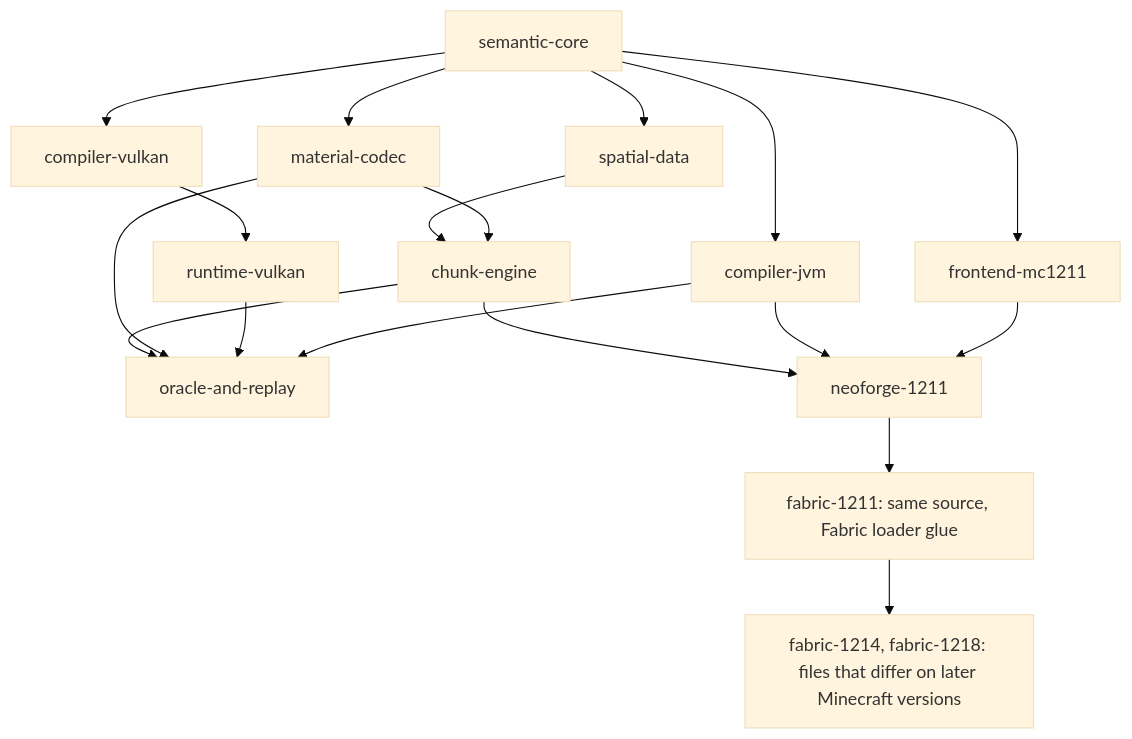
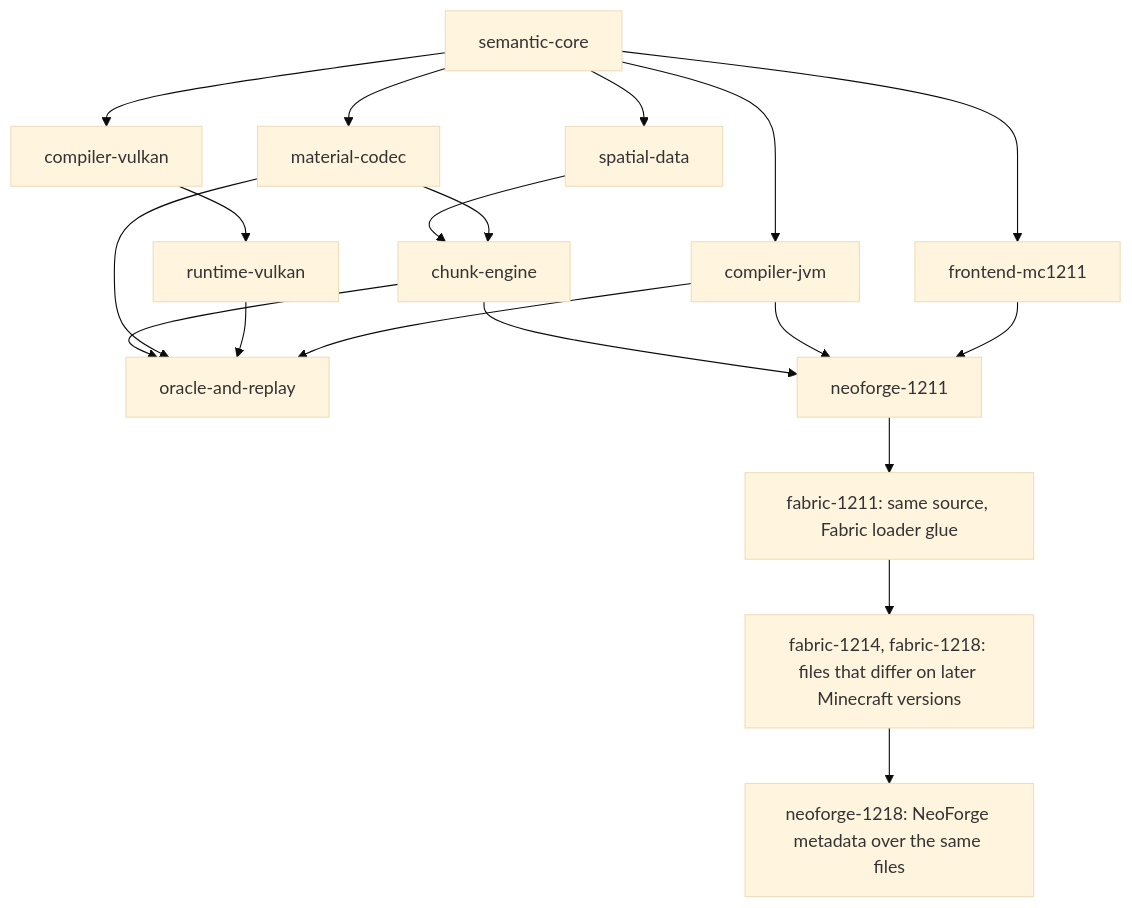
Before and after one commit to Miningmanias/Tellurium: the diagram in docs/ARCHITECTURE.md, drawn with Mermaid (base theme). The commit also changed 13 other files, not shown here.

First line of the commit message:
NeoForge build for Minecraft 1.21.8

````diff
--- a/docs/ARCHITECTURE.md
+++ b/docs/ARCHITECTURE.md
@@ -7,20 +7,21 @@
 ```mermaid
 flowchart TD
   semantic[semantic-core] --> cpu[compiler-jvm]
   semantic --> glsl[compiler-vulkan]
   semantic --> frontend[frontend-mc1211]
   semantic --> material[material-codec]
   semantic --> spatial[spatial-data]
   material --> engine[chunk-engine]
   spatial --> engine
   glsl --> native[runtime-vulkan]
   cpu --> replay[oracle-and-replay]
   native --> replay
   material --> replay
   engine --> replay
   frontend --> neo[neoforge-1211]
   cpu --> neo
   engine --> neo
   neo --> fabric[fabric-1211: same source, Fabric loader glue]
   fabric --> ports[fabric-1214, fabric-1218: files that differ on later Minecraft versions]
+  ports --> neoports[neoforge-1218: NeoForge metadata over the same files]
 ```
````
